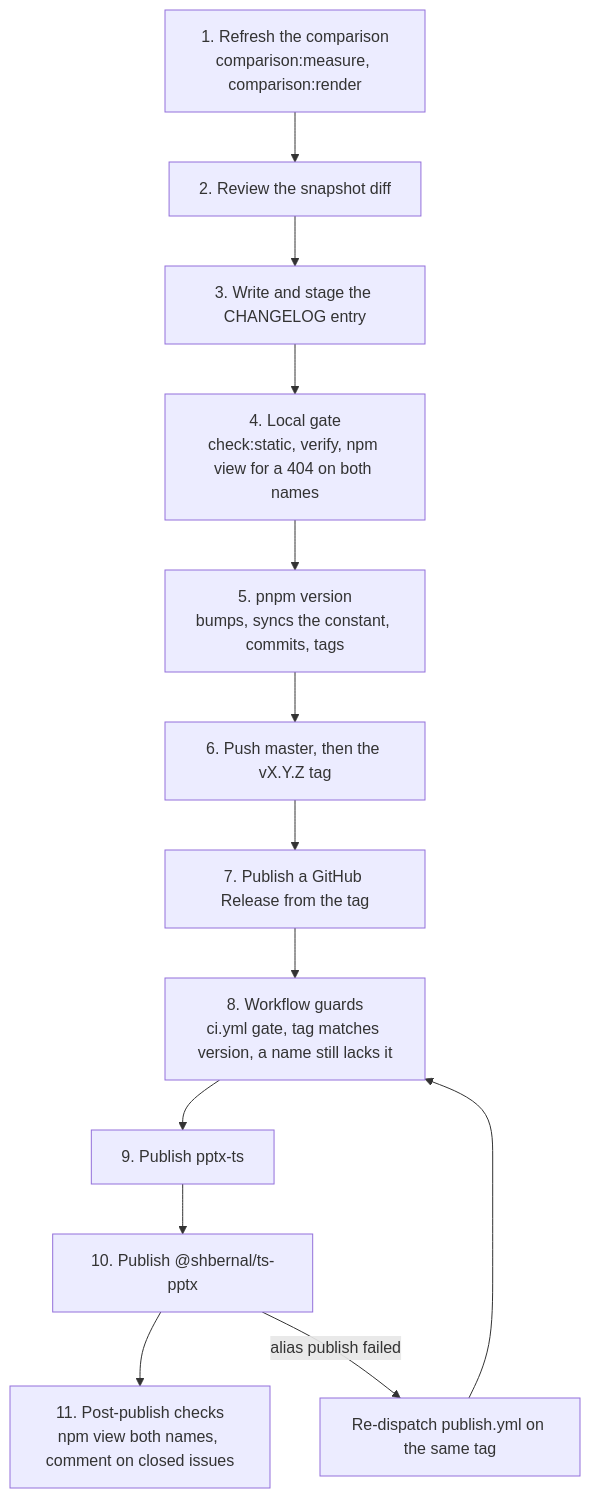
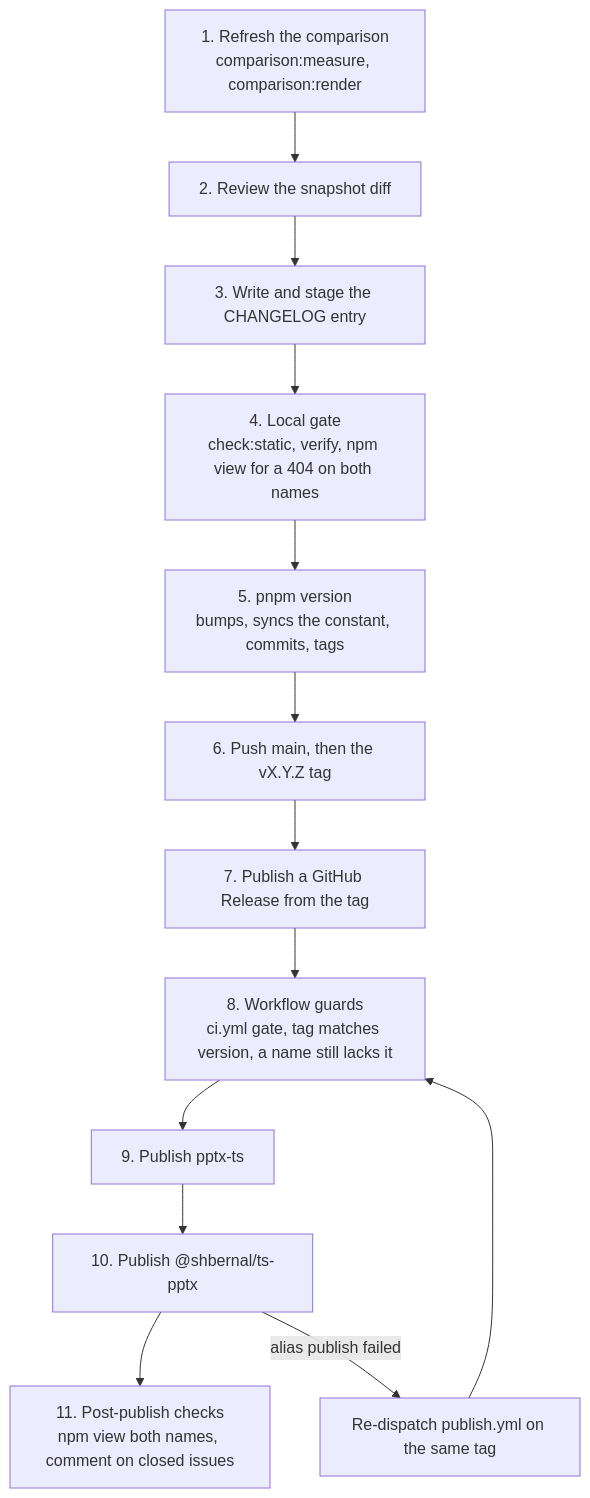
The diagram in docs/contributing/releasing.md (shbernal/pptx-ts), drawn with Mermaid before and after one commit. The commit also changed other lines of this file and 19 other files, not shown here.

````diff
--- a/docs/contributing/releasing.md
+++ b/docs/contributing/releasing.md
@@ -28,15 +28,15 @@
 ```mermaid
 flowchart TD
   s1["1. Refresh the comparison<br/>comparison:measure, comparison:render"] --> s2["2. Review the snapshot diff"]
   s2 --> s3["3. Write and stage the CHANGELOG entry"]
   s3 --> s4["4. Local gate<br/>check:static, verify, npm view for a 404 on both names"]
   s4 --> s5["5. pnpm version<br/>bumps, syncs the constant, commits, tags"]
-  s5 --> s6["6. Push master, then the vX.Y.Z tag"]
+  s5 --> s6["6. Push main, then the vX.Y.Z tag"]
   s6 --> s7["7. Publish a GitHub Release from the tag"]
   s7 --> s8["8. Workflow guards<br/>ci.yml gate, tag matches version, a name still lacks it"]
   s8 --> s9["9. Publish pptx-ts"]
   s9 --> s10["10. Publish @shbernal/ts-pptx"]
   s10 --> s11["11. Post-publish checks<br/>npm view both names, comment on closed issues"]
   s10 -- "alias publish failed" --> retry["Re-dispatch publish.yml on the same tag"]
   retry --> s8
 ```
````
